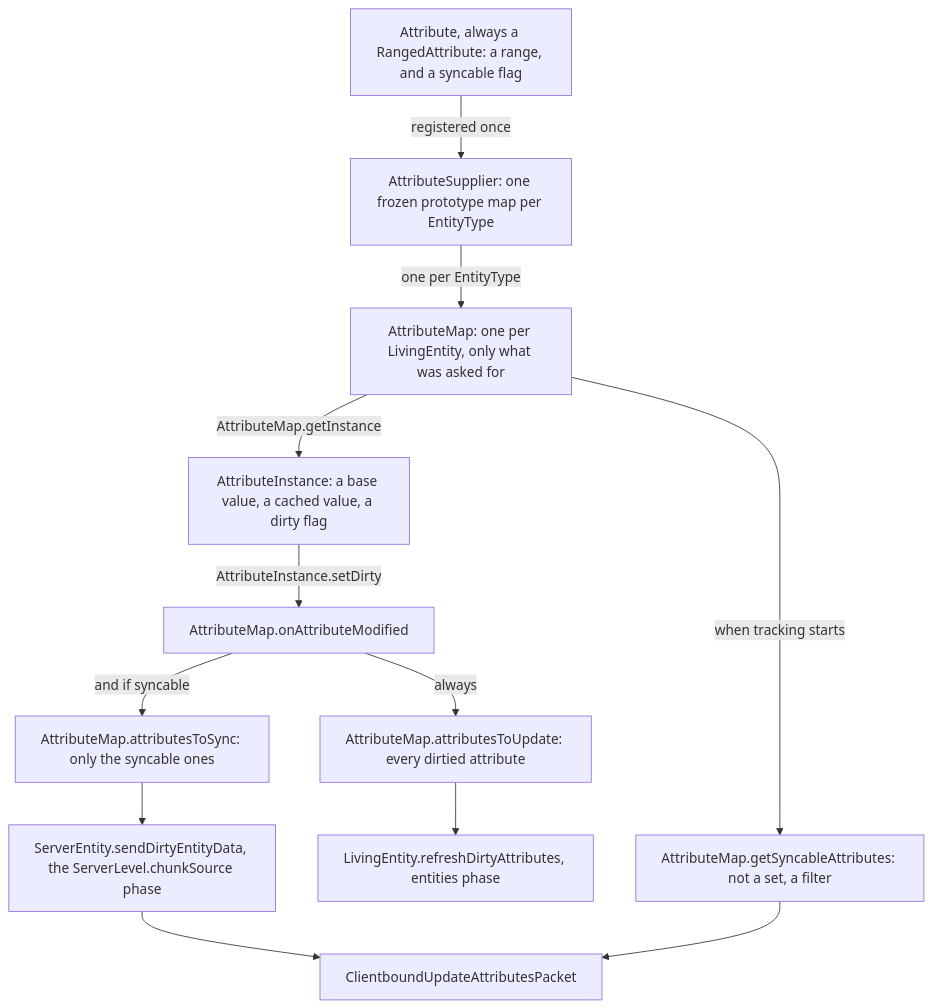
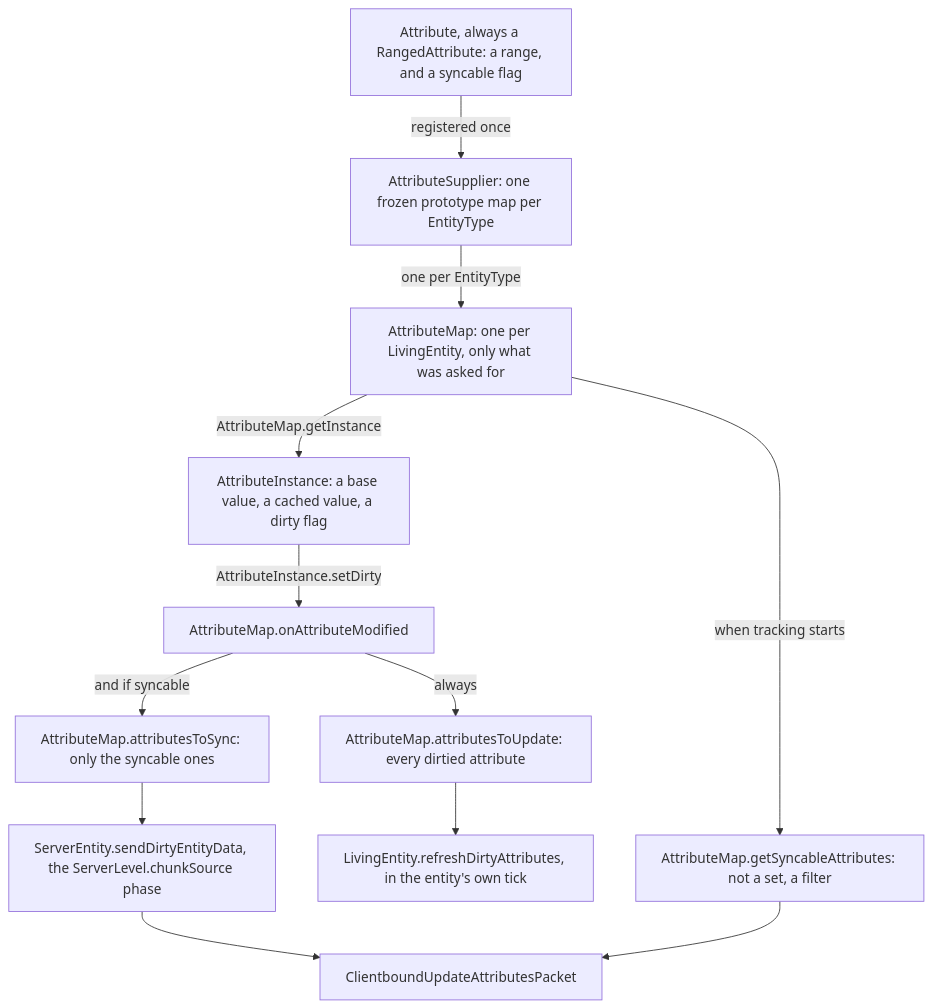
One commit to AlexanderjFraser/MinecraftDocs changed the first of 3 diagrams in src/systems/entities/attributes.md. Above: the diagram before and after it, drawn with Mermaid. The commit also changed other lines of this file and 21 other files, not shown here.

````diff
--- a/src/systems/entities/attributes.md
+++ b/src/systems/entities/attributes.md
@@ -41,26 +42,26 @@
 ```mermaid
 flowchart TD
     ATTR["Attribute, always a RangedAttribute: a range, and a syncable flag"]
     SUP["AttributeSupplier: one frozen prototype map per EntityType"]
     MAP["AttributeMap: one per LivingEntity, only what was asked for"]
     INST["AttributeInstance: a base value, a cached value, a dirty flag"]
     UPD["AttributeMap.attributesToUpdate: every dirtied attribute"]
     SYNC["AttributeMap.attributesToSync: only the syncable ones"]
     MOD["AttributeMap.onAttributeModified"]
     PAIR["AttributeMap.getSyncableAttributes: not a set, a filter"]
-    REACT["LivingEntity.refreshDirtyAttributes, entities phase"]
+    REACT["LivingEntity.refreshDirtyAttributes, in the entity's own tick"]
     SEND["ServerEntity.sendDirtyEntityData, the ServerLevel.chunkSource phase"]
     WIRE["ClientboundUpdateAttributesPacket"]
 
     ATTR -- "registered once" --> SUP
     SUP -- "one per EntityType" --> MAP
     MAP -- "AttributeMap.getInstance" --> INST
     INST -- "AttributeInstance.setDirty" --> MOD
     MOD -- "always" --> UPD
     MOD -- "and if syncable" --> SYNC
     MAP -- "when tracking starts" --> PAIR
     UPD --> REACT
     SYNC --> SEND
     SEND --> WIRE
     PAIR --> WIRE
 ```
````
